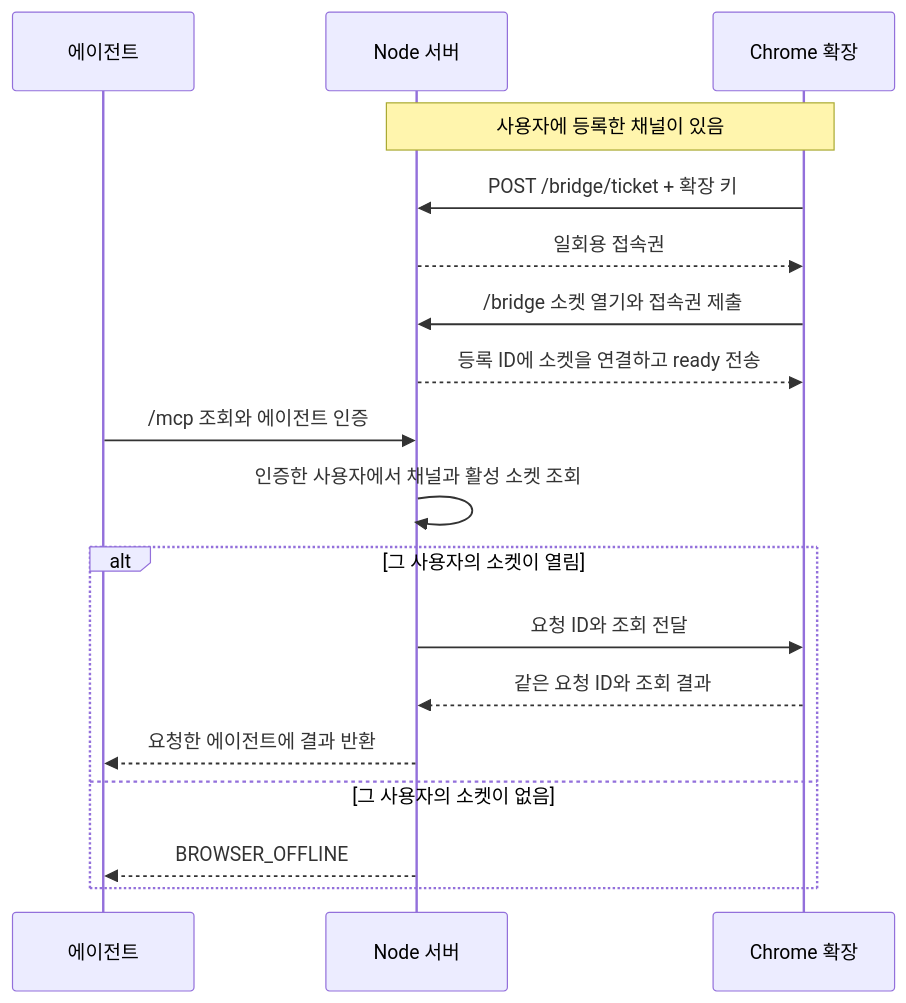
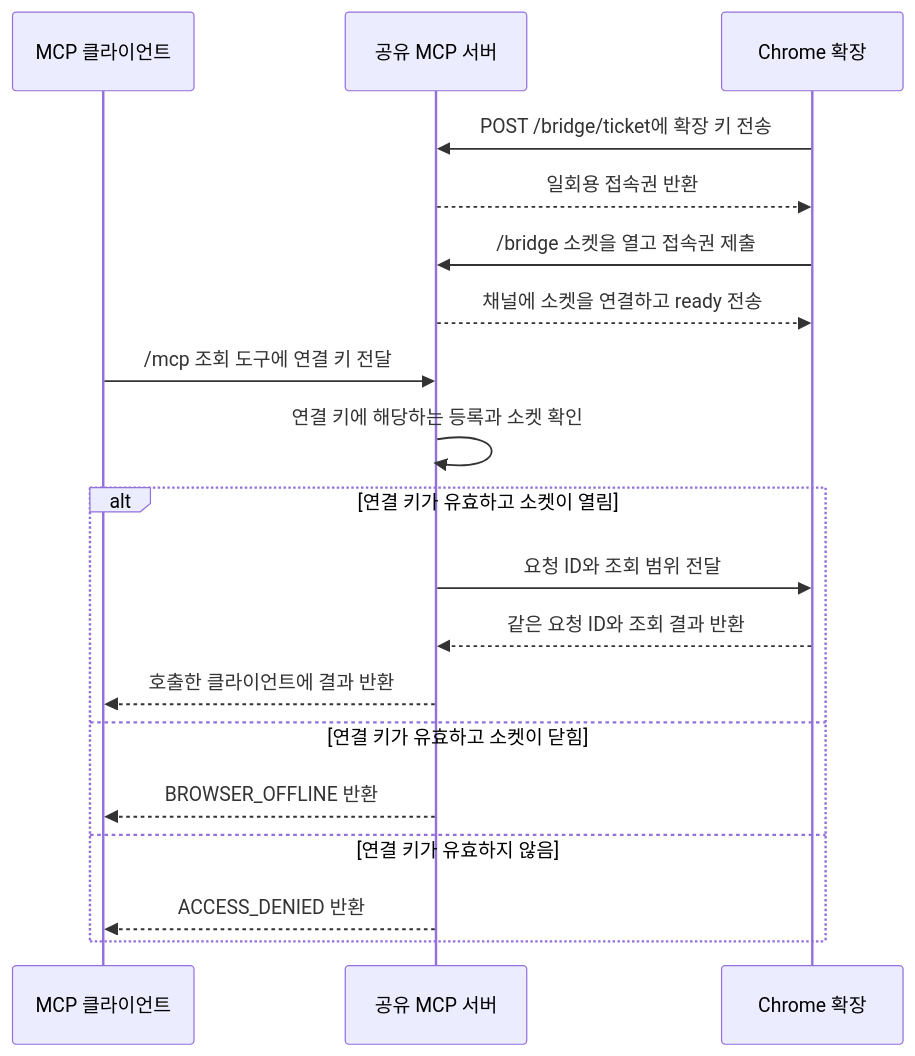
One commit to freevue/flex-mcp changed the diagram in docs/features/shared-connection-flow.md. Above: the diagram before and after it, drawn with Mermaid. The commit also changed other lines of this file and 84 other files, not shown here.

Commit message:
fix: 일회용 코드로 MCP 조회 채널 연결 refs #17

````diff
--- a/docs/features/shared-connection-flow.md
+++ b/docs/features/shared-connection-flow.md
@@ -15,20 +13,21 @@
 ```mermaid
 sequenceDiagram
-    participant Agent as 에이전트
-    participant Server as Node 서버
+    participant Client as MCP 클라이언트
+    participant Server as 공유 MCP 서버
     participant Extension as Chrome 확장
-    Note over Server,Extension: 사용자에 등록한 채널이 있음
-    Extension->>Server: POST /bridge/ticket + 확장 키
-    Server-->>Extension: 일회용 접속권
-    Extension->>Server: /bridge 소켓 열기와 접속권 제출
-    Server-->>Extension: 등록 ID에 소켓을 연결하고 ready 전송
-    Agent->>Server: /mcp 조회와 에이전트 인증
-    Server->>Server: 인증한 사용자에서 채널과 활성 소켓 조회
-    alt 그 사용자의 소켓이 열림
-        Server->>Extension: 요청 ID와 조회 전달
-        Extension-->>Server: 같은 요청 ID와 조회 결과
-        Server-->>Agent: 요청한 에이전트에 결과 반환
-    else 그 사용자의 소켓이 없음
-        Server-->>Agent: BROWSER_OFFLINE
+    Extension->>Server: POST /bridge/ticket에 확장 키 전송
+    Server-->>Extension: 일회용 접속권 반환
+    Extension->>Server: /bridge 소켓을 열고 접속권 제출
+    Server-->>Extension: 채널에 소켓을 연결하고 ready 전송
+    Client->>Server: /mcp 조회 도구에 연결 키 전달
+    Server->>Server: 연결 키에 해당하는 등록과 소켓 확인
+    alt 연결 키가 유효하고 소켓이 열림
+        Server->>Extension: 요청 ID와 조회 범위 전달
+        Extension-->>Server: 같은 요청 ID와 조회 결과 반환
+        Server-->>Client: 호출한 클라이언트에 결과 반환
+    else 연결 키가 유효하고 소켓이 닫힘
+        Server-->>Client: BROWSER_OFFLINE 반환
+    else 연결 키가 유효하지 않음
+        Server-->>Client: ACCESS_DENIED 반환
     end
 ```
````
